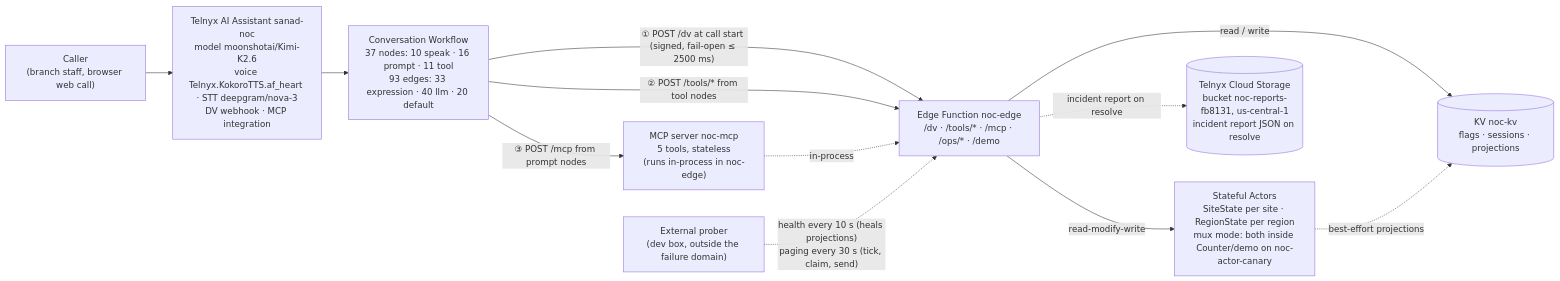
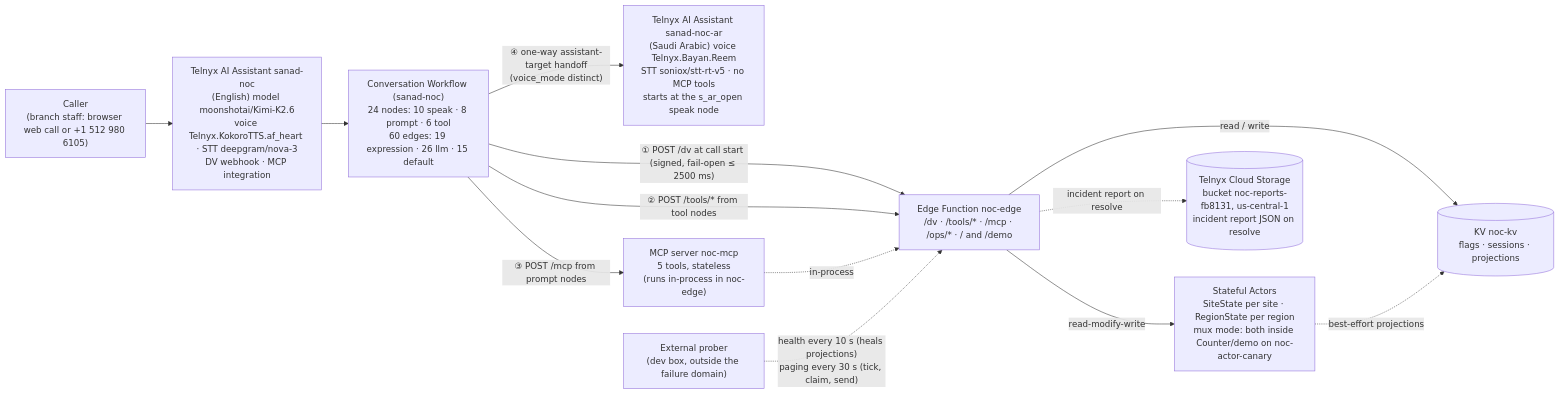
The diagram in docs/architecture.md (ifahad/noc-front-door), drawn with Mermaid before and after one commit. The commit also changed other lines of this file and 8 other files, not shown here.

````diff
--- a/docs/architecture.md
+++ b/docs/architecture.md
@@ -7,24 +7,26 @@
 ```mermaid
 flowchart LR
-  caller["Caller<br/>(branch staff, browser web call)"]
-  asst["Telnyx AI Assistant sanad-noc<br/>model moonshotai/Kimi-K2.6<br/>voice Telnyx.KokoroTTS.af_heart · STT deepgram/nova-3<br/>DV webhook · MCP integration"]
-  wf["Conversation Workflow<br/>37 nodes: 10 speak · 16 prompt · 11 tool<br/>93 edges: 33 expression · 40 llm · 20 default"]
-  edge["Edge Function noc-edge<br/>/dv · /tools/* · /mcp · /ops/* · /demo"]
+  caller["Caller<br/>(branch staff: browser web call or +1 512 980 6105)"]
+  asst["Telnyx AI Assistant sanad-noc<br/>(English) model moonshotai/Kimi-K2.6<br/>voice Telnyx.KokoroTTS.af_heart · STT deepgram/nova-3<br/>DV webhook · MCP integration"]
+  wf["Conversation Workflow (sanad-noc)<br/>24 nodes: 10 speak · 8 prompt · 6 tool<br/>60 edges: 19 expression · 26 llm · 15 default"]
+  ar["Telnyx AI Assistant sanad-noc-ar<br/>(Saudi Arabic) voice Telnyx.Bayan.Reem<br/>STT soniox/stt-rt-v5 · no MCP tools<br/>starts at the s_ar_open speak node"]
+  edge["Edge Function noc-edge<br/>/dv · /tools/* · /mcp · /ops/* · / and /demo"]
   mcp["MCP server noc-mcp<br/>5 tools, stateless<br/>(runs in-process in noc-edge)"]
   kv[("KV noc-kv<br/>flags · sessions · projections")]
   actors["Stateful Actors<br/>SiteState per site · RegionState per region<br/>mux mode: both inside Counter/demo on noc-actor-canary"]
   tcs[("Telnyx Cloud Storage<br/>bucket noc-reports-fb8131, us-central-1<br/>incident report JSON on resolve")]
   prober["External prober<br/>(dev box, outside the failure domain)"]
 
   caller --> asst
   asst --> wf
+  wf -->|"④ one-way assistant-target handoff<br/>(voice_mode distinct)"| ar
   wf -->|"① POST /dv at call start (signed, fail-open ≤ 2500 ms)"| edge
   wf -->|"② POST /tools/* from tool nodes"| edge
   wf -->|"③ POST /mcp from prompt nodes"| mcp
   mcp -.->|"in-process"| edge
   edge -->|"read / write"| kv
   edge -->|"read-modify-write"| actors
   actors -.->|"best-effort projections"| kv
   edge -.->|"incident report on resolve"| tcs
   prober -.->|"health every 10 s (heals projections)<br/>paging every 30 s (tick, claim, send)"| edge
 ```
````
